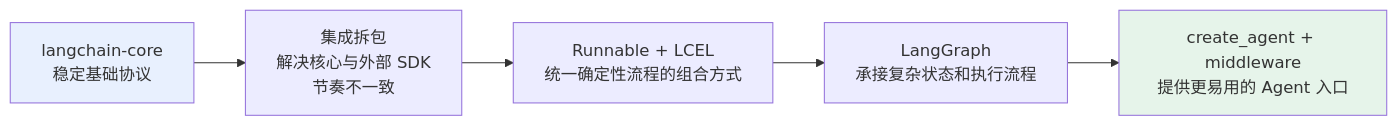
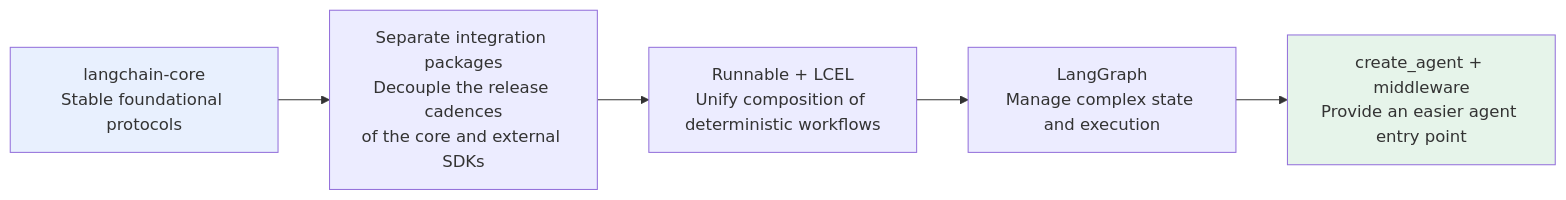
One commit to oneleaveknowsthefall/awesome-ai-roadmap changed the fourth of 4 diagrams in docs/frameworks/01-langchain/03-ecosystem/11-version-evolution.md. Above: the diagram before and after it, drawn with Mermaid. The commit also changed other lines of this file and 70 other files, not shown here.

````diff
--- a/docs/frameworks/01-langchain/03-ecosystem/11-version-evolution.md
+++ b/docs/frameworks/01-langchain/03-ecosystem/11-version-evolution.md
@@ -157,10 +159,10 @@
 ```mermaid
 flowchart LR
-    A["langchain-core<br/>稳定基础协议"] --> B["集成拆包<br/>解决核心与外部 SDK<br/>节奏不一致"]
-    B --> C["Runnable + LCEL<br/>统一确定性流程的组合方式"]
-    C --> D["LangGraph<br/>承接复杂状态和执行流程"]
-    D --> E["create_agent + middleware<br/>提供更易用的 Agent 入口"]
+    A["langchain-core<br/>Stable foundational protocols"] --> B["Separate integration packages<br/>Decouple the release cadences<br/>of the core and external SDKs"]
+    B --> C["Runnable + LCEL<br/>Unify composition of deterministic workflows"]
+    C --> D["LangGraph<br/>Manage complex state and execution"]
+    D --> E["create_agent + middleware<br/>Provide an easier agent entry point"]
 
     style A fill:#e8f0fe
     style E fill:#e6f4ea
 ```
````
